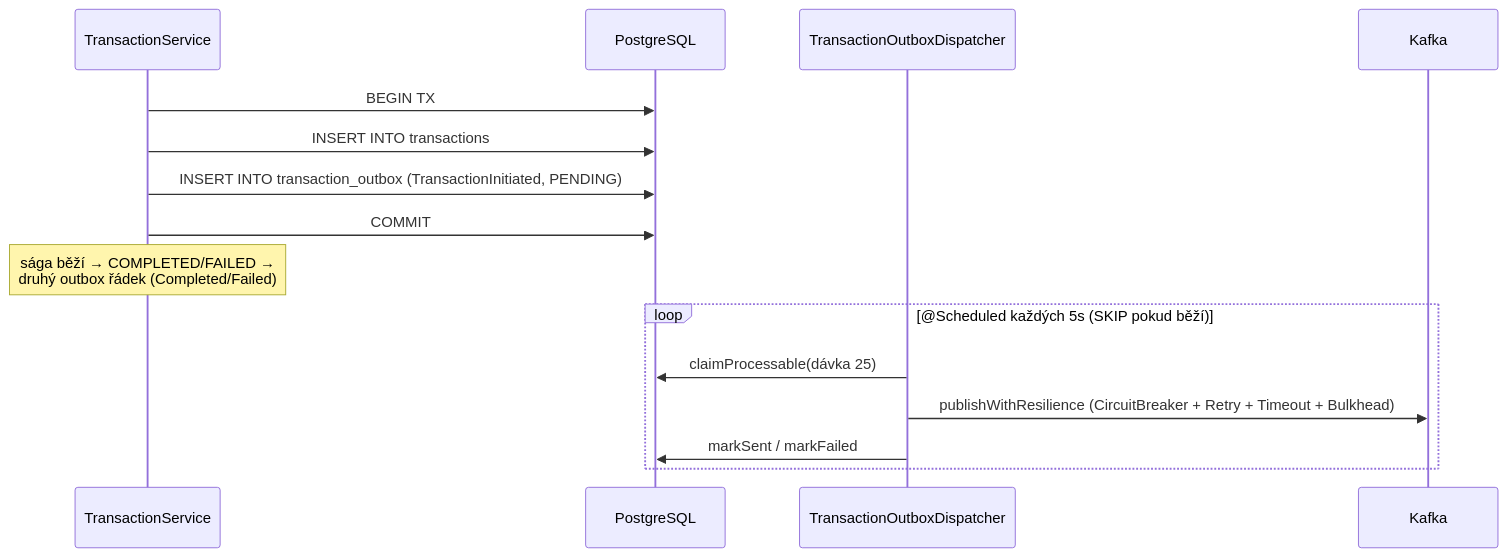
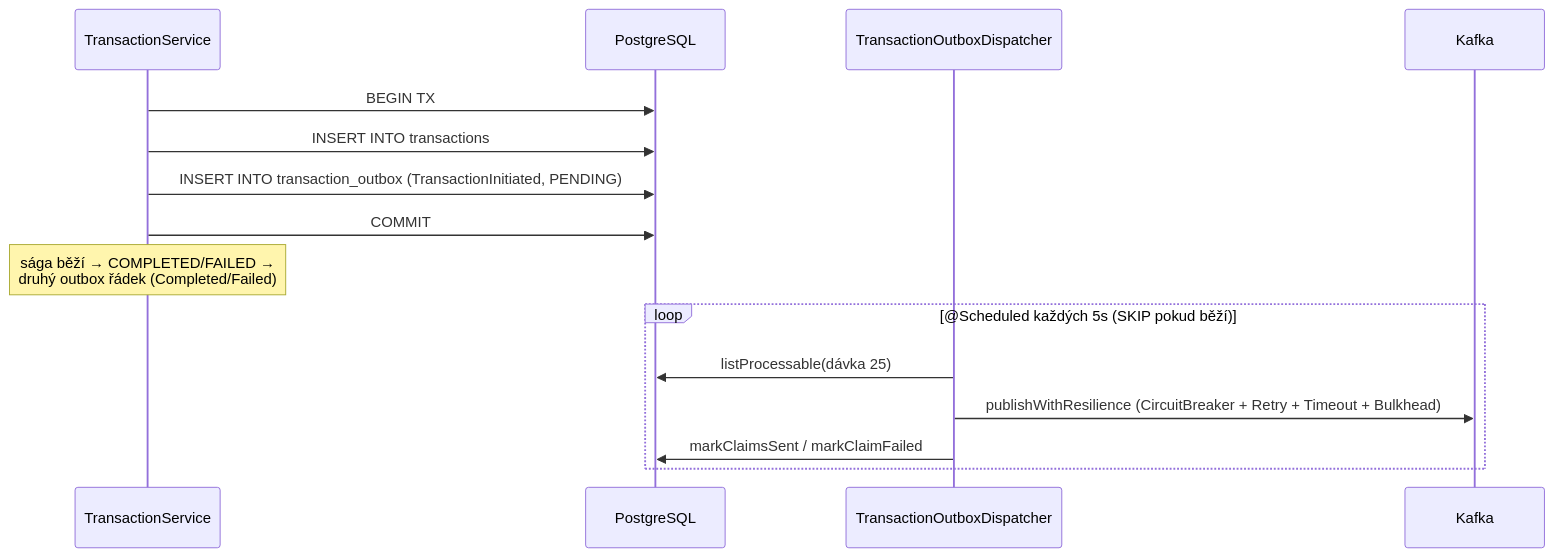
The fourth of 4 diagrams in openbank-transaction-service/src/main/resources/docs/02-architecture.cs.md (JiRaska/open-bank-oss), drawn with Mermaid before and after one commit. The commit also changed other lines of this file and 13 other files, not shown here.

````diff
--- a/openbank-transaction-service/src/main/resources/docs/02-architecture.cs.md
+++ b/openbank-transaction-service/src/main/resources/docs/02-architecture.cs.md
@@ -130,19 +130,19 @@
 ```mermaid
 sequenceDiagram
   participant TS as TransactionService
   participant DB as PostgreSQL
   participant D as TransactionOutboxDispatcher
   participant K as Kafka
 
   TS->>DB: BEGIN TX
   TS->>DB: INSERT INTO transactions
   TS->>DB: INSERT INTO transaction_outbox (TransactionInitiated, PENDING)
   TS->>DB: COMMIT
   Note over TS: sága běží → COMPLETED/FAILED →<br/>druhý outbox řádek (Completed/Failed)
 
   loop @Scheduled každých 5s (SKIP pokud běží)
-    D->>DB: claimProcessable(dávka 25)
+    D->>DB: listProcessable(dávka 25)
     D->>K: publishWithResilience (CircuitBreaker + Retry + Timeout + Bulkhead)
-    D->>DB: markSent / markFailed
+    D->>DB: markClaimsSent / markClaimFailed
   end
 ```
````
